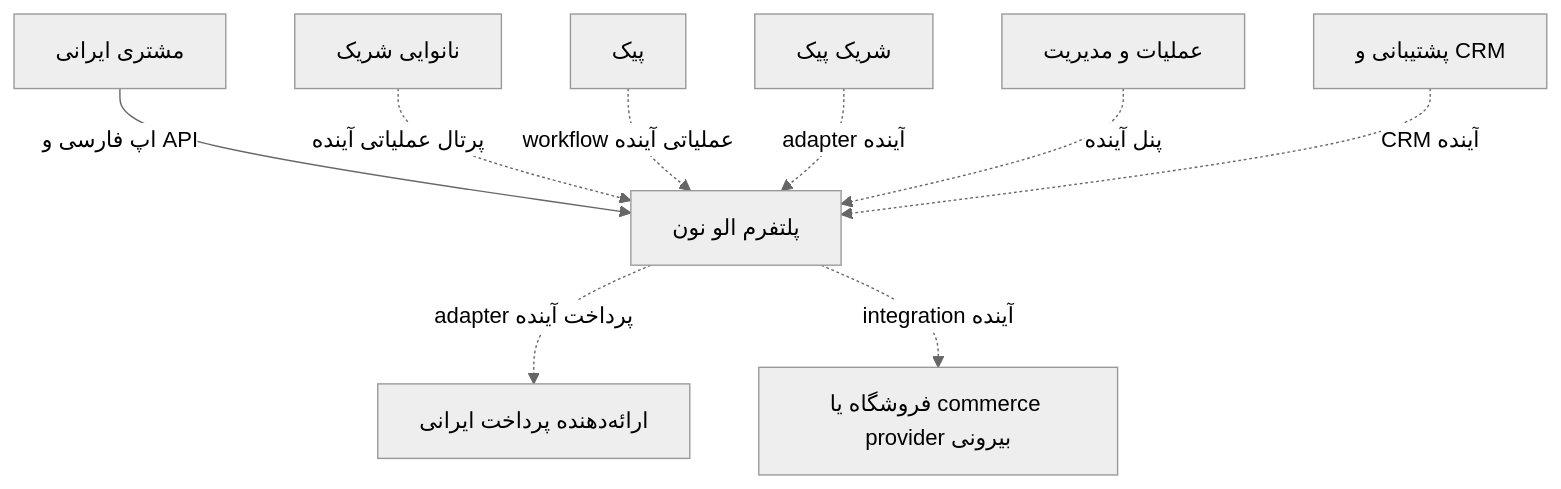
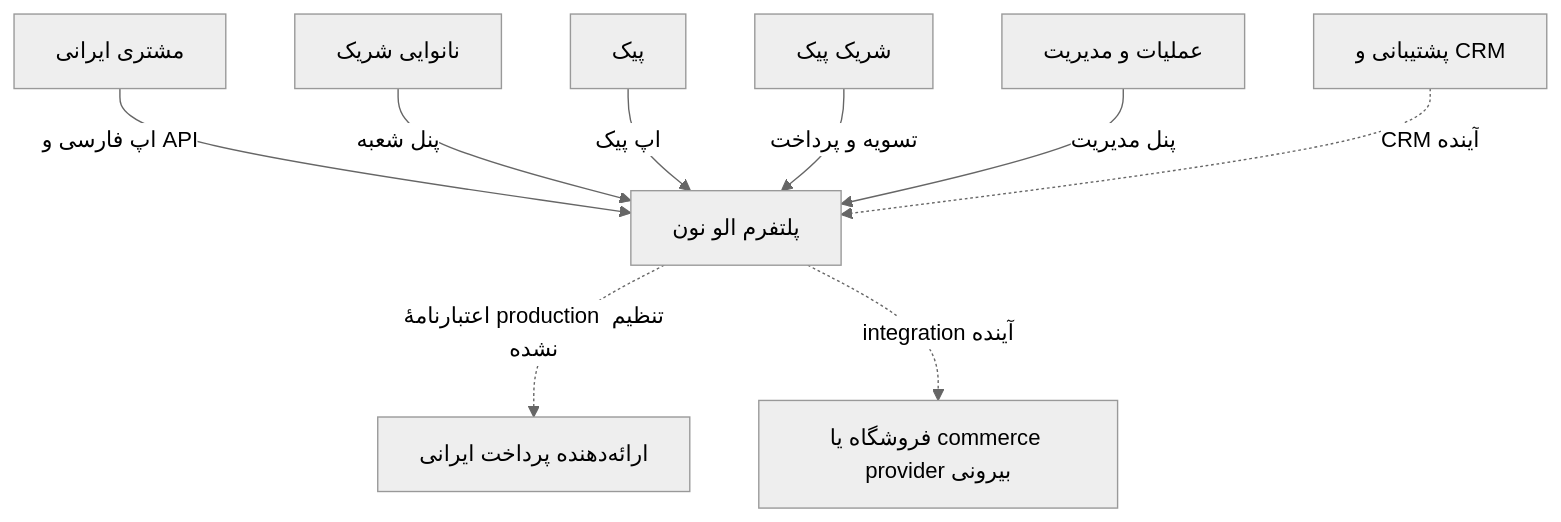
One commit to tecpey/---Alo-Noon changed the first of 7 diagrams in README.md. Above: the diagram before and after it, drawn with Mermaid (neutral theme). The commit also changed other lines of this file and 475 other files, not shown here.

Commit message:
fix(payments): wire payment execution service into the production server (#38)

````diff
--- a/README.md
+++ b/README.md
@@ -138,11 +139,11 @@
 ```mermaid
 flowchart TB
   Customer[مشتری ایرانی] -->|اپ فارسی و API| Platform[پلتفرم الو نون]
-  Bakery[نانوایی شریک] -.->|پرتال عملیاتی آینده| Platform
-  Courier[پیک] -.->|workflow عملیاتی آینده| Platform
-  CourierPartner[شریک پیک] -.->|adapter آینده| Platform
-  Operations[عملیات و مدیریت] -.->|پنل آینده| Platform
+  Bakery[نانوایی شریک] -->|پنل شعبه| Platform
+  Courier[پیک] -->|اپ پیک| Platform
+  CourierPartner[شریک پیک] -->|تسویه و پرداخت| Platform
+  Operations[عملیات و مدیریت] -->|پنل مدیریت| Platform
   Support[پشتیبانی و CRM] -.->|CRM آینده| Platform
-  Platform -.->|adapter پرداخت آینده| PaymentProvider[ارائه‌دهنده پرداخت ایرانی]
+  Platform -.->|اعتبارنامهٔ production تنظیم نشده| PaymentProvider[ارائه‌دهنده پرداخت ایرانی]
   Platform -.->|integration آینده| CommerceProvider[فروشگاه یا commerce provider بیرونی]
 ```
````
